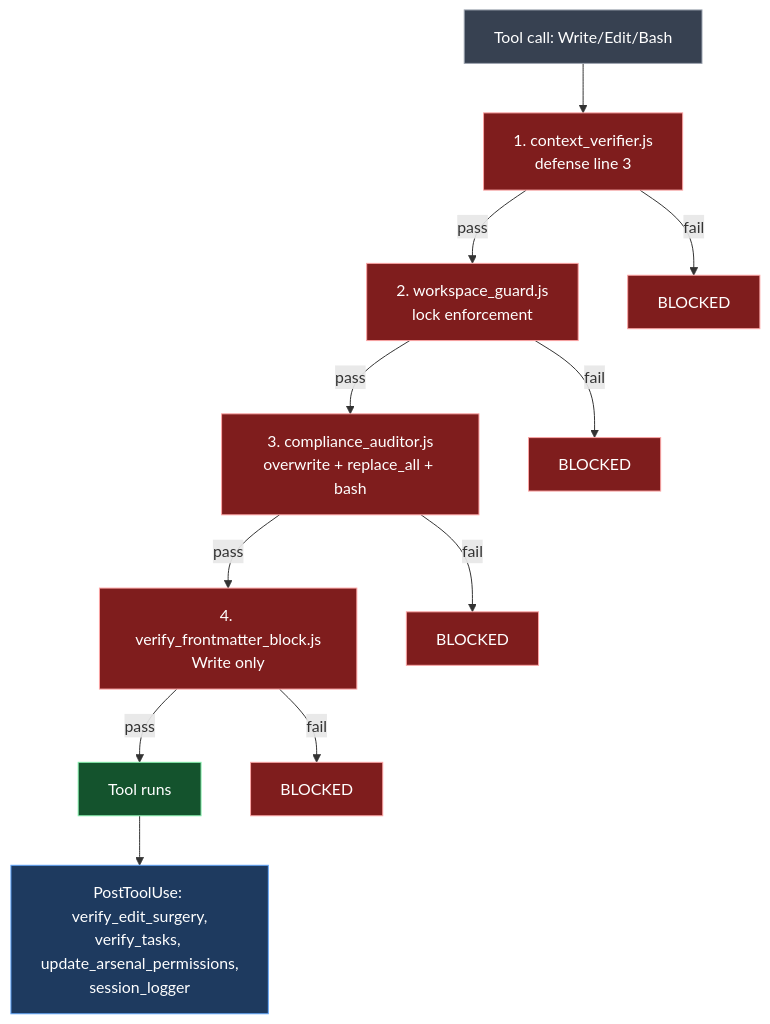
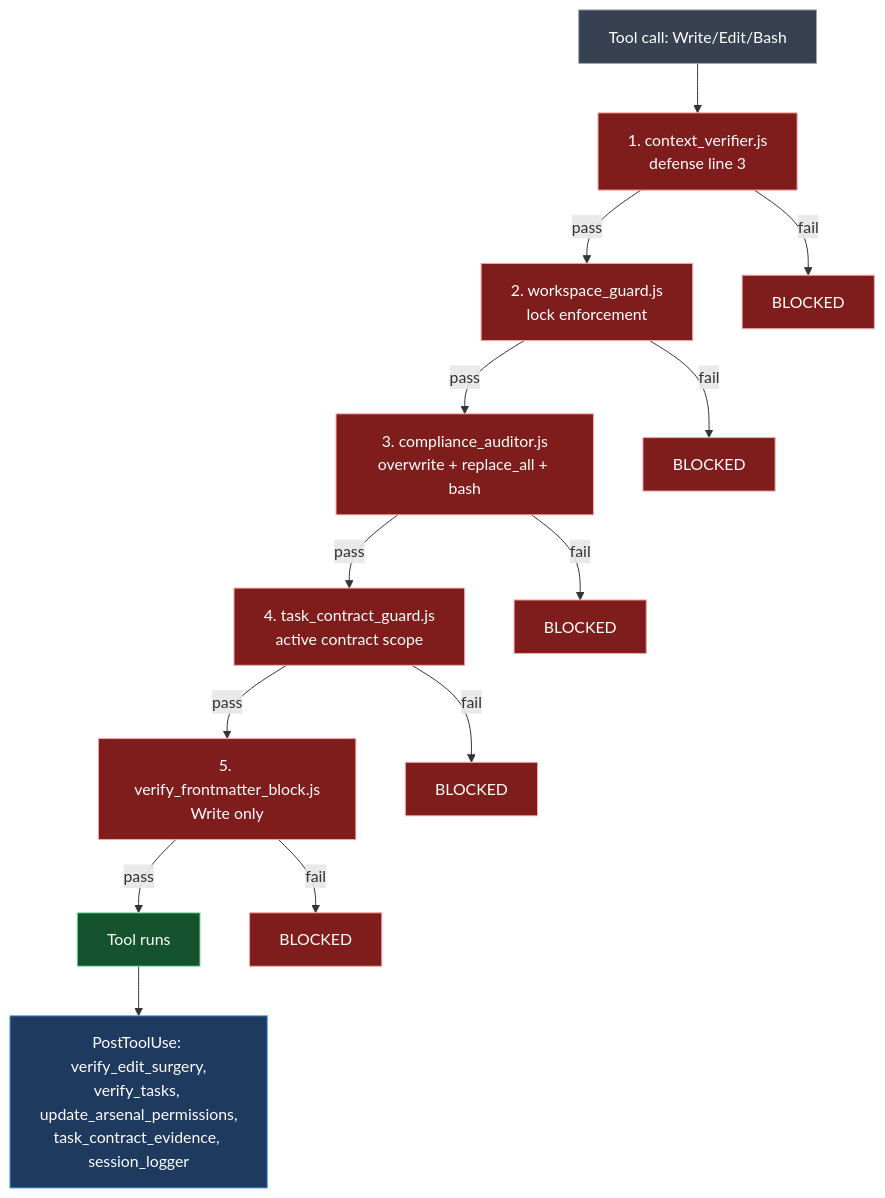
The diagram in docs/05_harness.md (KMK-1/hames), drawn with Mermaid before and after one commit. The commit also changed other lines of this file and 32 other files, not shown here.

Commit message:
feat: add task contract workflow

````diff
--- a/docs/05_harness.md
+++ b/docs/05_harness.md
@@ -126,27 +143,31 @@
 ```mermaid
 flowchart TD
     T[Tool call: Write/Edit/Bash]
     T --> CV[1. context_verifier.js<br/>defense line 3]
     CV -->|pass| WG[2. workspace_guard.js<br/>lock enforcement]
     WG -->|pass| CA[3. compliance_auditor.js<br/>overwrite + replace_all + bash]
-    CA -->|pass| VF[4. verify_frontmatter_block.js<br/>Write only]
+    CA -->|pass| TC[4. task_contract_guard.js<br/>active contract scope]
+    TC -->|pass| VF[5. verify_frontmatter_block.js<br/>Write only]
     VF -->|pass| RUN[Tool runs]
-    RUN --> POST[PostToolUse: verify_edit_surgery,<br/>verify_tasks, update_arsenal_permissions,<br/>session_logger]
+    RUN --> POST[PostToolUse: verify_edit_surgery,<br/>verify_tasks, update_arsenal_permissions,<br/>task_contract_evidence, session_logger]
 
     CV -->|fail| B1[BLOCKED]
     WG -->|fail| B2[BLOCKED]
     CA -->|fail| B3[BLOCKED]
+    TC -->|fail| B5[BLOCKED]
     VF -->|fail| B4[BLOCKED]
 
     style T fill:#374151,stroke:#9ca3af,color:#fff
     style CV fill:#7f1d1d,stroke:#fca5a5,color:#fff
     style WG fill:#7f1d1d,stroke:#fca5a5,color:#fff
     style CA fill:#7f1d1d,stroke:#fca5a5,color:#fff
+    style TC fill:#7f1d1d,stroke:#fca5a5,color:#fff
     style VF fill:#7f1d1d,stroke:#fca5a5,color:#fff
     style RUN fill:#14532d,stroke:#86efac,color:#fff
     style POST fill:#1e3a5f,stroke:#60a5fa,color:#fff
     style B1 fill:#7f1d1d,stroke:#fca5a5,color:#fff
     style B2 fill:#7f1d1d,stroke:#fca5a5,color:#fff
     style B3 fill:#7f1d1d,stroke:#fca5a5,color:#fff
+    style B5 fill:#7f1d1d,stroke:#fca5a5,color:#fff
     style B4 fill:#7f1d1d,stroke:#fca5a5,color:#fff
 ```
````
